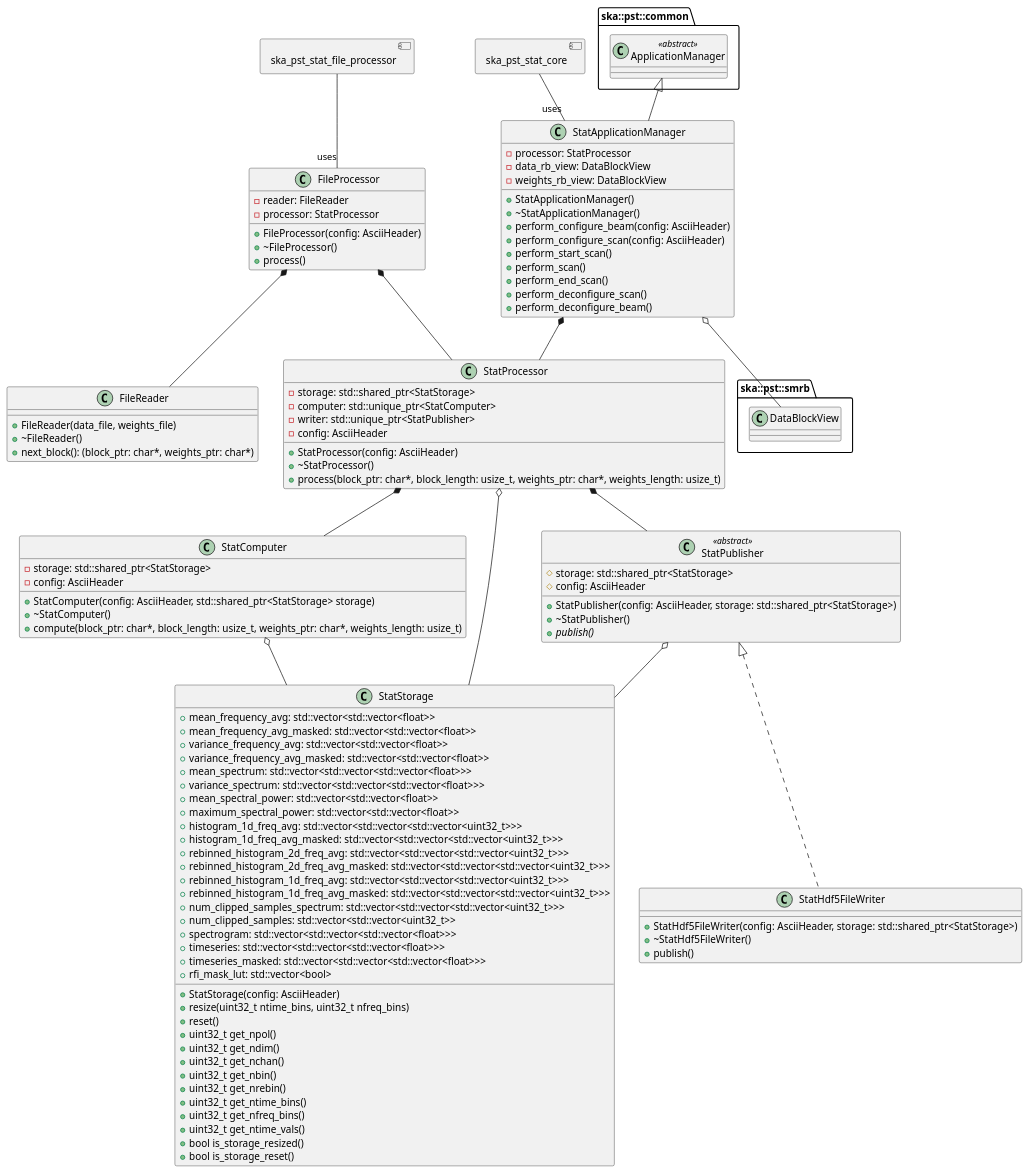
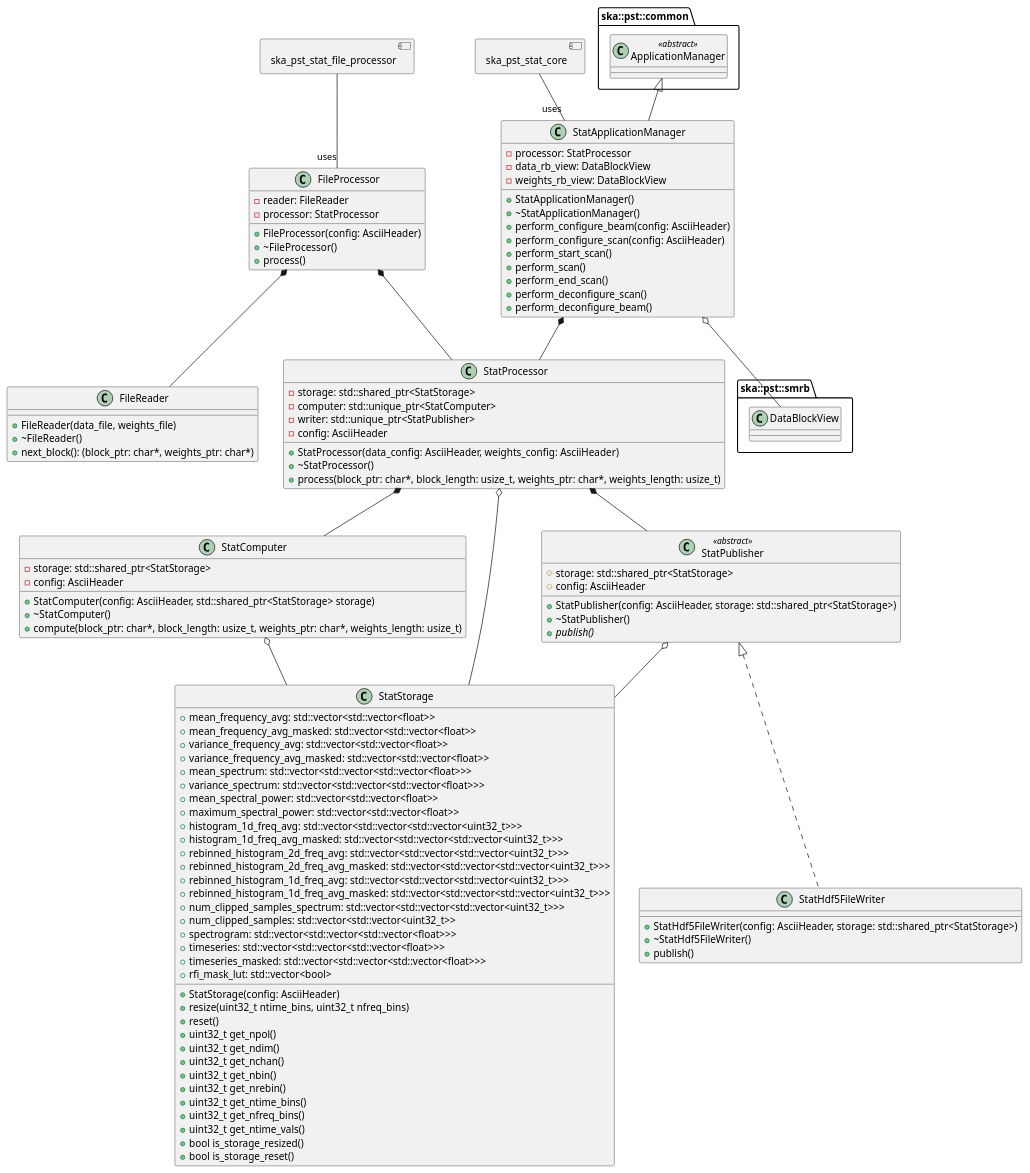
One commit to ska-telescope/ska-pst-stat changed the diagram in docs/src/architecture/class_diagram.puml. Above: the diagram before and after it, drawn with PlantUML. The commit also changed 1 other file, not shown here.

Commit message:
AT3-512 updated UML involving StatProcessor
- Updated AsciHeader config in StatProcessor constructor class

```diff
--- a/docs/src/architecture/class_diagram.puml
+++ b/docs/src/architecture/class_diagram.puml
@@ -1,127 +1,127 @@
 @startuml PST Stat Class Diagram
 allow_mixing
 
 package ska::pst::common {
   class ApplicationManager <<abstract>>
 
 }
 package ska::pst::smrb {
   class DataBlockView
 }
 
 class StatApplicationManager {
   + StatApplicationManager()
   + ~StatApplicationManager()
   + perform_configure_beam(config: AsciiHeader)
   + perform_configure_scan(config: AsciiHeader)
   + perform_start_scan()
   + perform_scan()
   + perform_end_scan()
   + perform_deconfigure_scan()
   + perform_deconfigure_beam()
   - processor: StatProcessor
   - data_rb_view: DataBlockView
   - weights_rb_view: DataBlockView
 }
 
 class FileProcessor {
   + FileProcessor(config: AsciiHeader)
   + ~FileProcessor()
   + process()
   - reader: FileReader
   - processor: StatProcessor
 }
 
 class FileReader {
   + FileReader(data_file, weights_file)
   + ~FileReader()
   + next_block(): (block_ptr: char*, weights_ptr: char*)
 }
 
 class StatProcessor {
-  + StatProcessor(config: AsciiHeader)
+  + StatProcessor(data_config: AsciiHeader, weights_config: AsciiHeader)
   + ~StatProcessor()
   + process(block_ptr: char*, block_length: usize_t, weights_ptr: char*, weights_length: usize_t)
   - storage: std::shared_ptr<StatStorage>
   - computer: std::unique_ptr<StatComputer>
   - writer: std::unique_ptr<StatPublisher>
   - config: AsciiHeader
 }
 
 class StatComputer {
   + StatComputer(config: AsciiHeader, std::shared_ptr<StatStorage> storage)
   + ~StatComputer()
   + compute(block_ptr: char*, block_length: usize_t, weights_ptr: char*, weights_length: usize_t)
   - storage: std::shared_ptr<StatStorage>
   - config: AsciiHeader
 }
 
 class StatStorage {
   + StatStorage(config: AsciiHeader)
   + resize(uint32_t ntime_bins, uint32_t nfreq_bins)
   + reset()
   + uint32_t get_npol()
   + uint32_t get_ndim()
   + uint32_t get_nchan()
   + uint32_t get_nbin()
   + uint32_t get_nrebin()
   + uint32_t get_ntime_bins()
   + uint32_t get_nfreq_bins()
   + uint32_t get_ntime_vals()
   + bool is_storage_resized()
   + bool is_storage_reset()
   + mean_frequency_avg: std::vector<std::vector<float>>
   + mean_frequency_avg_masked: std::vector<std::vector<float>>
   + variance_frequency_avg: std::vector<std::vector<float>>
   + variance_frequency_avg_masked: std::vector<std::vector<float>>
   + mean_spectrum: std::vector<std::vector<std::vector<float>>>
   + variance_spectrum: std::vector<std::vector<std::vector<float>>>
   + mean_spectral_power: std::vector<std::vector<float>>
   + maximum_spectral_power: std::vector<std::vector<float>>
   + histogram_1d_freq_avg: std::vector<std::vector<std::vector<uint32_t>>>
   + histogram_1d_freq_avg_masked: std::vector<std::vector<std::vector<uint32_t>>>
   + rebinned_histogram_2d_freq_avg: std::vector<std::vector<std::vector<uint32_t>>>
   + rebinned_histogram_2d_freq_avg_masked: std::vector<std::vector<std::vector<uint32_t>>>
   + rebinned_histogram_1d_freq_avg: std::vector<std::vector<std::vector<uint32_t>>>
   + rebinned_histogram_1d_freq_avg_masked: std::vector<std::vector<std::vector<uint32_t>>>
   + num_clipped_samples_spectrum: std::vector<std::vector<std::vector<uint32_t>>>
   + num_clipped_samples: std::vector<std::vector<uint32_t>>
   + spectrogram: std::vector<std::vector<std::vector<float>>>
   + timeseries: std::vector<std::vector<std::vector<float>>>
   + timeseries_masked: std::vector<std::vector<std::vector<float>>>
   + rfi_mask_lut: std::vector<bool>
 }
 
 class StatPublisher <<abstract>> {
   # storage: std::shared_ptr<StatStorage>
   # config: AsciiHeader
   + StatPublisher(config: AsciiHeader, storage: std::shared_ptr<StatStorage>)
   + ~StatPublisher()
   {abstract} + publish()
 }
 
 class StatHdf5FileWriter implements StatPublisher {
   + StatHdf5FileWriter(config: AsciiHeader, storage: std::shared_ptr<StatStorage>)
   + ~StatHdf5FileWriter()
   + publish()
 }
 
 StatProcessor *-- StatComputer
 StatProcessor *-- StatPublisher
 StatProcessor o-- StatStorage
 StatComputer o-- StatStorage
 StatPublisher o-- StatStorage
 
 ApplicationManager <|-- StatApplicationManager
 StatApplicationManager o-- DataBlockView
 StatApplicationManager *-- StatProcessor
 
 FileProcessor *-- FileReader
 FileProcessor *-- StatProcessor
 
 component ska_pst_stat_core
 ska_pst_stat_core -- "uses" StatApplicationManager
 component ska_pst_stat_file_processor
 ska_pst_stat_file_processor -- "uses" FileProcessor
 
 @enduml
```
